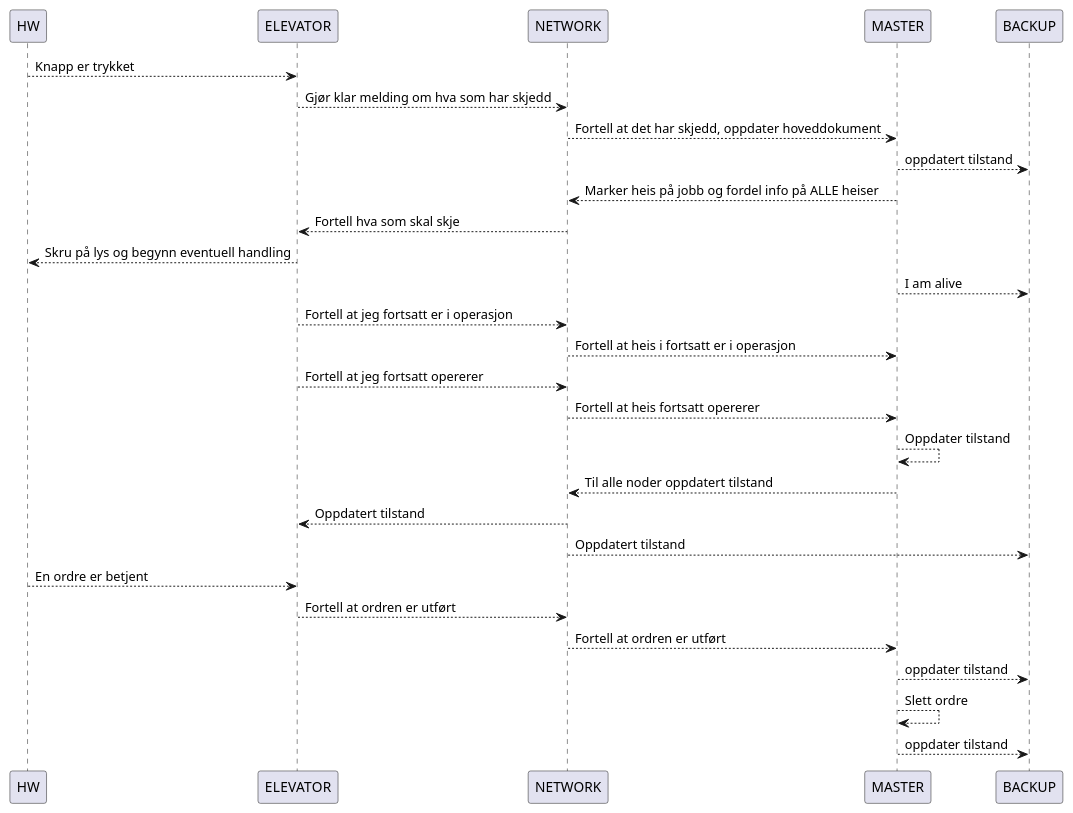
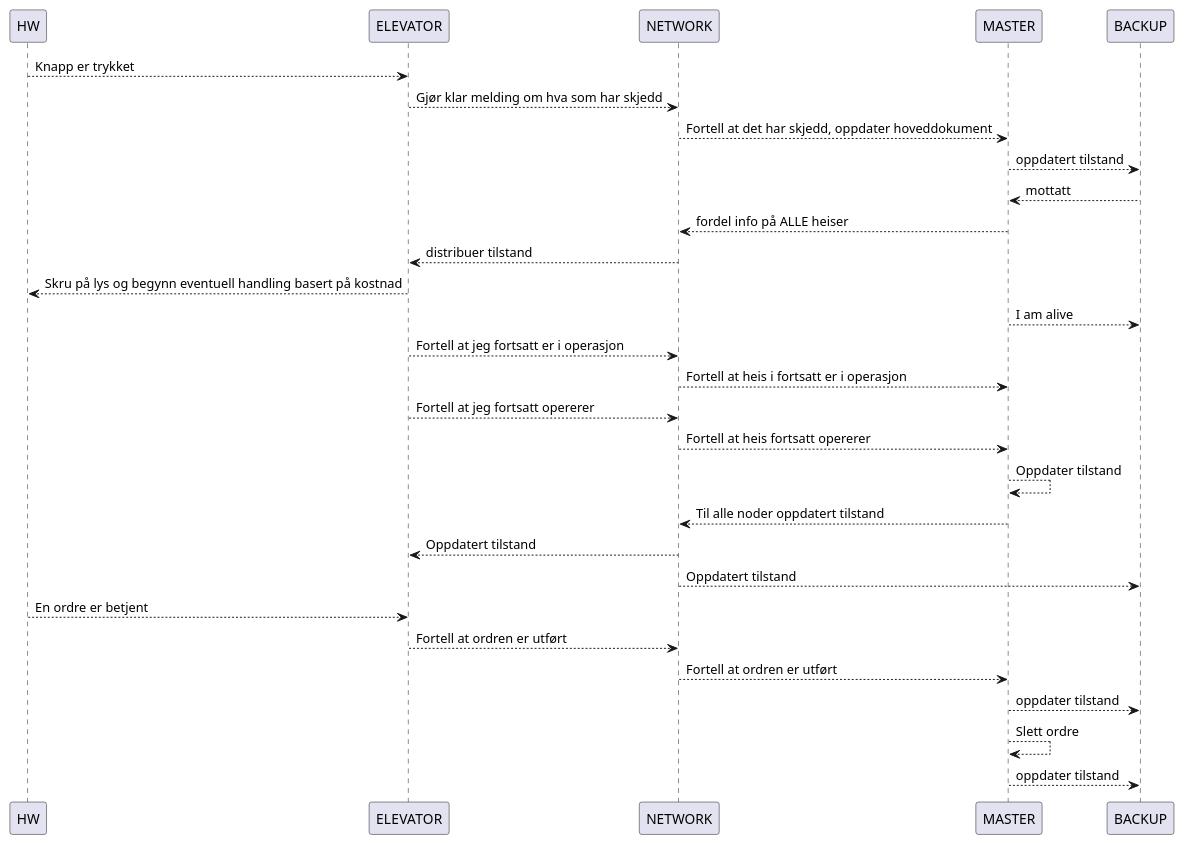
Before and after one commit to eivindhstray/Sanntid: the diagram in Design/sekvens.plantuml, drawn with PlantUML.

Commit message:
updated seksens

```diff
--- a/Design/sekvens.plantuml
+++ b/Design/sekvens.plantuml
@@ -1,31 +1,32 @@
 @startuml
 
 
 HW --> ELEVATOR : Knapp er trykket
 ELEVATOR --> NETWORK : Gjør klar melding om hva som har skjedd
 NETWORK --> MASTER : Fortell at det har skjedd, oppdater hoveddokument
 MASTER --> BACKUP : oppdatert tilstand
-MASTER --> NETWORK : Marker heis på jobb og fordel info på ALLE heiser
-NETWORK --> ELEVATOR : Fortell hva som skal skje
-ELEVATOR --> HW : Skru på lys og begynn eventuell handling
+BACKUP --> MASTER : mottatt
+MASTER --> NETWORK : fordel info på ALLE heiser
+NETWORK --> ELEVATOR : distribuer tilstand
+ELEVATOR --> HW : Skru på lys og begynn eventuell handling basert på kostnad
 MASTER -->BACKUP : I am alive
 ELEVATOR --> NETWORK : Fortell at jeg fortsatt er i operasjon
 NETWORK --> MASTER : Fortell at heis i fortsatt er i operasjon
 ELEVATOR --> NETWORK : Fortell at jeg fortsatt opererer
 NETWORK --> MASTER : Fortell at heis fortsatt opererer
 MASTER --> MASTER : Oppdater tilstand
 MASTER --> NETWORK : Til alle noder oppdatert tilstand
 NETWORK --> ELEVATOR : Oppdatert tilstand
 NETWORK --> BACKUP : Oppdatert tilstand
 HW --> ELEVATOR : En ordre er betjent
 ELEVATOR --> NETWORK : Fortell at ordren er utført
 NETWORK --> MASTER : Fortell at ordren er utført
 MASTER --> BACKUP: oppdater tilstand
 MASTER --> MASTER : Slett ordre
 MASTER --> BACKUP : oppdater tilstand
 
 
 
 
 
 @enduml
```
